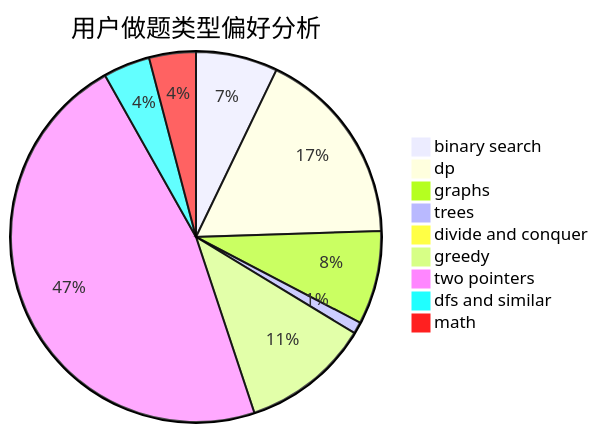
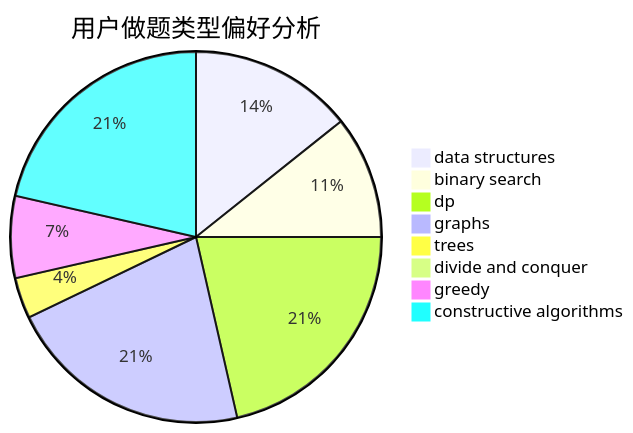
Before and after one commit to sherpahu/cfrs.github.io: the second of 3 diagrams in docs/user/u481.md, drawn with Mermaid. The commit also changed other lines of this file and 2775 other files, not shown here.

````diff
--- a/docs/user/u481.md
+++ b/docs/user/u481.md
@@ -23,12 +23,11 @@
 ```mermaid
 pie title 用户做题类型偏好分析
-    "binary search" :  7
-    "dp" :  17
-    "graphs" :  8
+    "data structures" :  4
+    "binary search" :  3
+    "dp" :  6
+    "graphs" :  6
     "trees" :  1
     "divide and conquer" :  0
-    "greedy" :  11
-    "two pointers" :  46
-    "dfs and similar" :  4
-    "math" :  4
+    "greedy" :  2
+    "constructive algorithms" :  6
 ```
````
